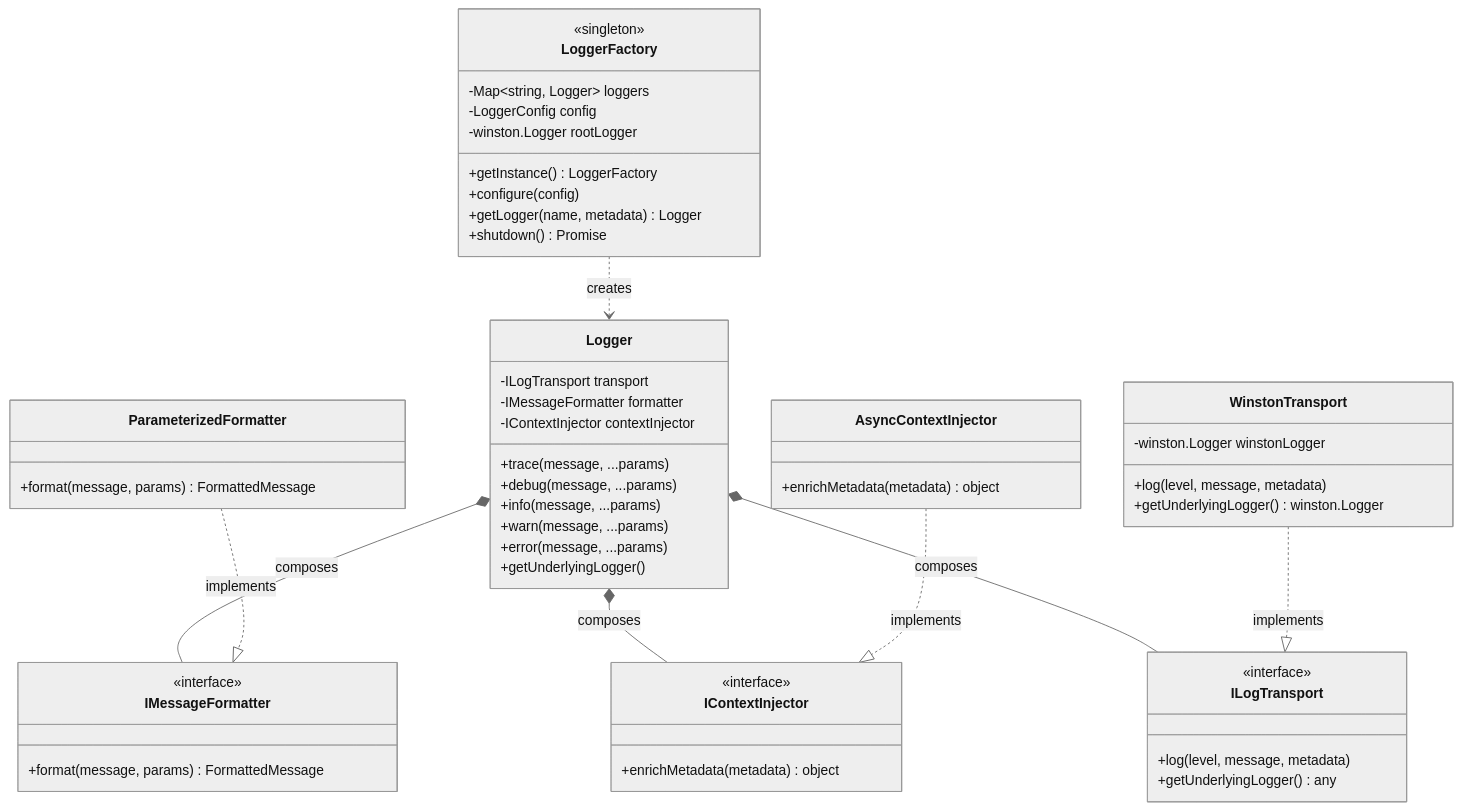
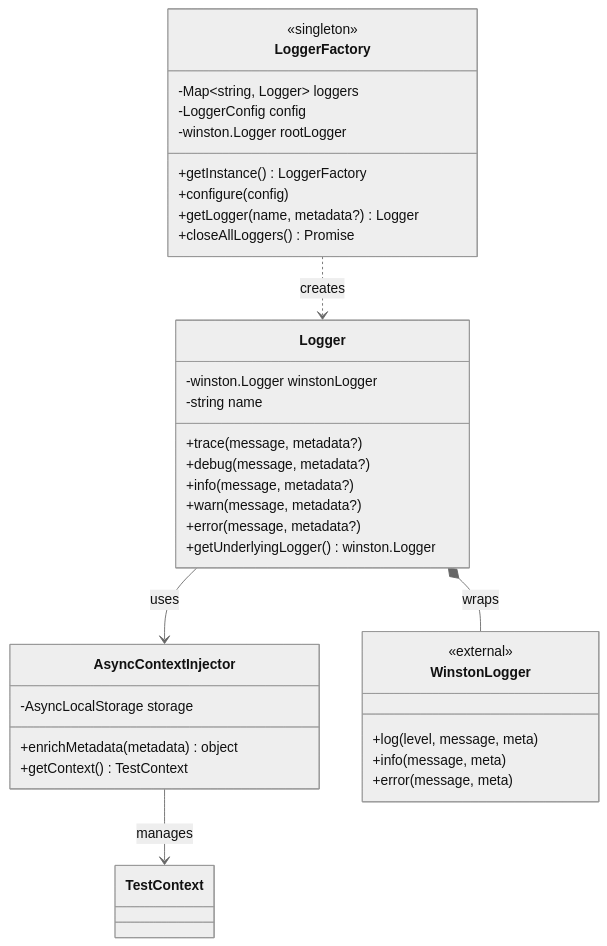
Before and after one commit to redhat-appstudio/tssc-test: the first of 2 diagrams in docs/logger-design.md, drawn with Mermaid (neutral theme). The commit also changed other lines of this file and 13 other files, not shown here.

````diff
--- a/docs/logger-design.md
+++ b/docs/logger-design.md
@@ -38,69 +38,47 @@
 ```mermaid
 classDiagram
     %% Core Logger Class
     class Logger {
-        -ILogTransport transport
-        -IMessageFormatter formatter
-        -IContextInjector contextInjector
-        +trace(message, ...params)
-        +debug(message, ...params)
-        +info(message, ...params)
-        +warn(message, ...params)
-        +error(message, ...params)
-        +getUnderlyingLogger()
+        -winston.Logger winstonLogger
+        -string name
+        +trace(message, metadata?)
+        +debug(message, metadata?)
+        +info(message, metadata?)
+        +warn(message, metadata?)
+        +error(message, metadata?)
+        +getUnderlyingLogger() winston.Logger
     }
 
     %% Factory
     class LoggerFactory {
         <<singleton>>
         -Map~string, Logger~ loggers
         -LoggerConfig config
         -winston.Logger rootLogger
         +getInstance() LoggerFactory
         +configure(config)
-        +getLogger(name, metadata) Logger
-        +shutdown() Promise
-    }
-
-    %% Message Formatter
-    class IMessageFormatter {
-        <<interface>>
-        +format(message, params) FormattedMessage
-    }
-
-    class ParameterizedFormatter {
-        +format(message, params) FormattedMessage
+        +getLogger(name, metadata?) Logger
+        +closeAllLoggers() Promise
     }
 
     %% Context Injector
-    class IContextInjector {
-        <<interface>>
+    class AsyncContextInjector {
+        -AsyncLocalStorage storage
         +enrichMetadata(metadata) object
+        +getContext() TestContext
     }
 
-    class AsyncContextInjector {
-        +enrichMetadata(metadata) object
-    }
-
-    %% Transport
-    class ILogTransport {
-        <<interface>>
-        +log(level, message, metadata)
-        +getUnderlyingLogger() any
-    }
-
-    class WinstonTransport {
-        -winston.Logger winstonLogger
-        +log(level, message, metadata)
-        +getUnderlyingLogger() winston.Logger
+    %% Winston Logger
+    class WinstonLogger {
+        <<external>>
+        +log(level, message, meta)
+        +info(message, meta)
+        +error(message, meta)
     }
 
     %% Relationships
     LoggerFactory ..> Logger : creates
-    Logger *-- IMessageFormatter : composes
-    Logger *-- IContextInjector : composes
-    Logger *-- ILogTransport : composes
-    ParameterizedFormatter ..|> IMessageFormatter : implements
-    AsyncContextInjector ..|> IContextInjector : implements
-    WinstonTransport ..|> ILogTransport : implements
+    Logger *-- WinstonLogger : wraps
+    Logger --> AsyncContextInjector : uses
+    AsyncContextInjector --> TestContext : manages
 ```
````
